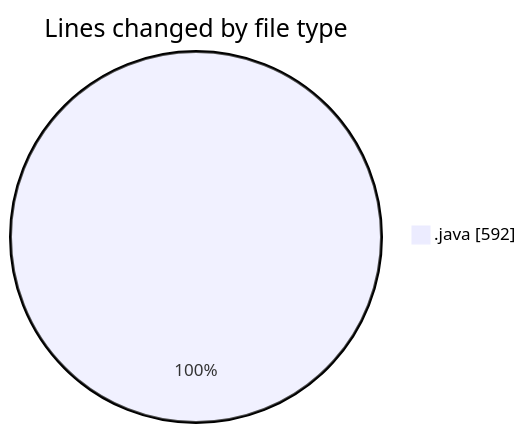
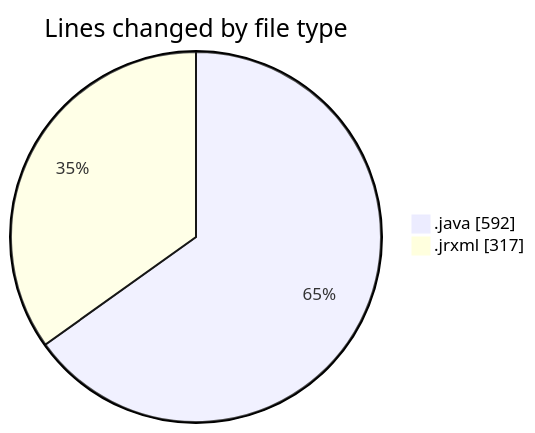
Before and after one commit to ricardozamudiocil/code-tracking: the first of 2 diagrams in 2026-08-27/cilreports__workspace_/README.md, drawn with Mermaid. The commit also changed other lines of this file and 1 other file, not shown here.

````diff
--- a/2026-08-27/cilreports__workspace_/README.md
+++ b/2026-08-27/cilreports__workspace_/README.md
@@ -22,5 +23,6 @@
 ```mermaid
 pie showData
 title Lines changed by file type
 ".java" : 592
+".jrxml" : 317
 ```
````
